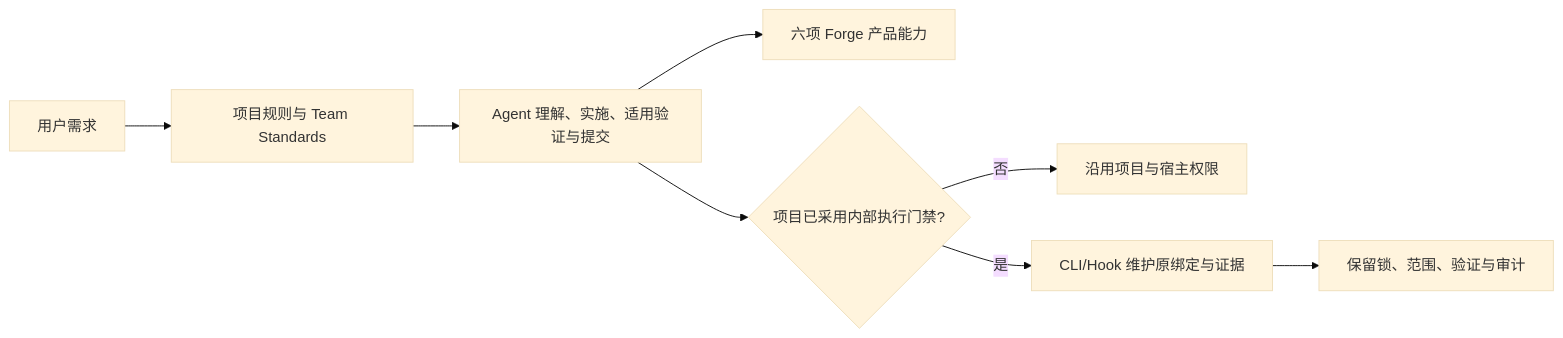
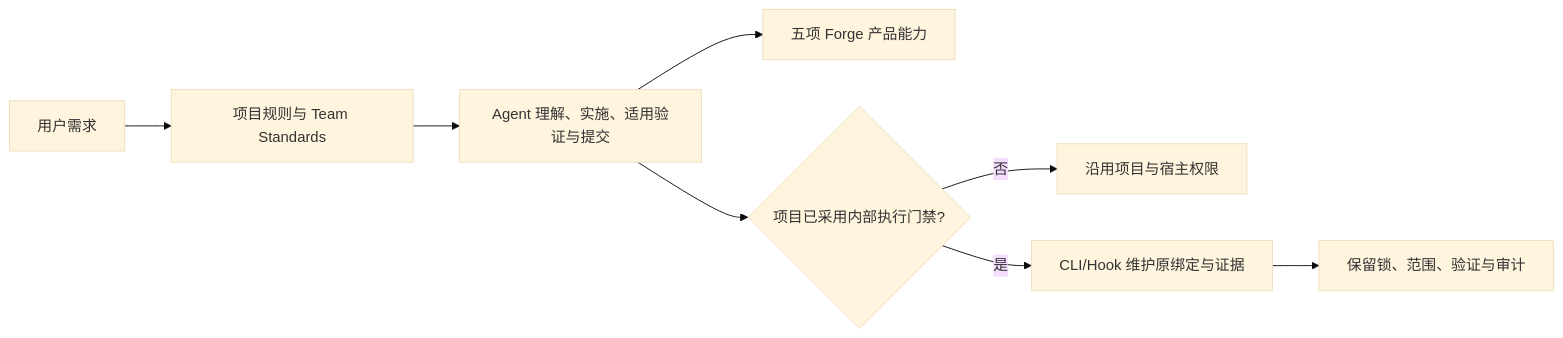
One commit to exception-coder/kai-toolbox changed the fourth of 44 diagrams in docs/ai-coding-architecture.md. Above: the diagram before and after it, drawn with Mermaid (base theme). The commit also changed other lines of this file and 23 other files, not shown here.

````diff
--- a/docs/ai-coding-architecture.md
+++ b/docs/ai-coding-architecture.md
@@ -132,10 +132,10 @@
 ```mermaid
 flowchart LR
     REQUEST["用户需求"] --> METHODS["项目规则与 Team Standards"]
     METHODS --> AGENT["Agent 理解、实施、适用验证与提交"]
-    AGENT --> MCP["六项 Forge 产品能力"]
+    AGENT --> MCP["五项 Forge 产品能力"]
     AGENT --> ADOPTED{"项目已采用内部执行门禁?"}
     ADOPTED -->|"否"| PROJECT["沿用项目与宿主权限"]
     ADOPTED -->|"是"| LEGACY["CLI/Hook 维护原绑定与证据"]
     LEGACY --> STATE["保留锁、范围、验证与审计"]
 ```
````
